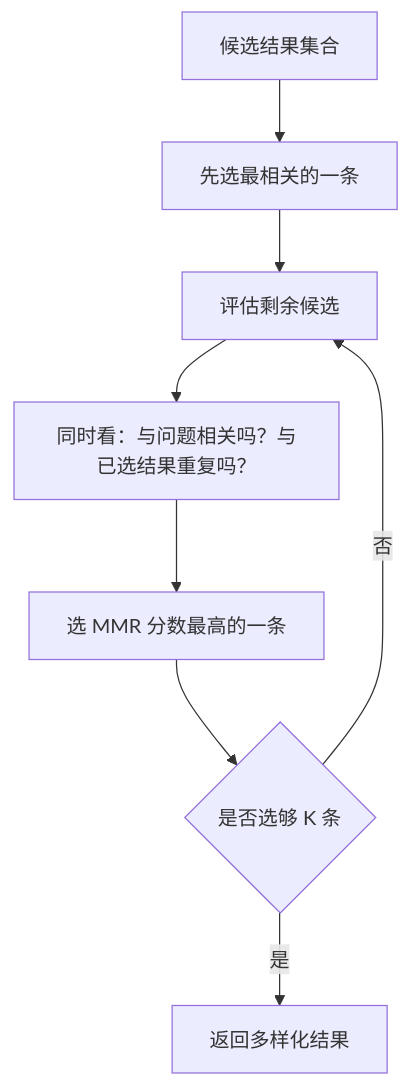
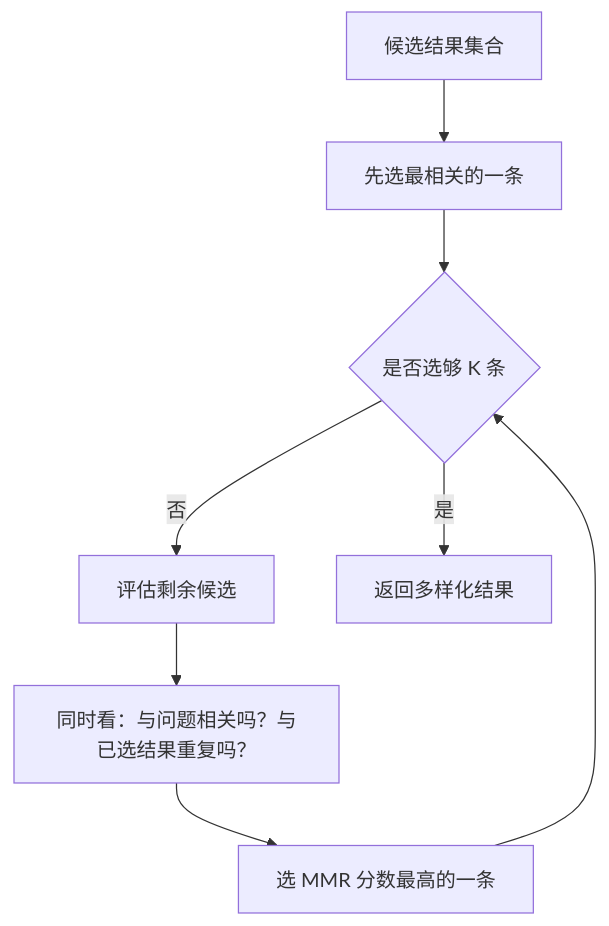
The ninth of 11 diagrams in 11-检索质量优化从召回到融合再到重排.md (benx92/ai-learning-notes), drawn with Mermaid before and after one commit. The commit also changed other lines of this file and 36 other files, not shown here.

````diff
--- a/11-检索质量优化从召回到融合再到重排.md
+++ b/11-检索质量优化从召回到融合再到重排.md
@@ -855,10 +857,10 @@
 ```mermaid
 flowchart TD
     A[候选结果集合] --> B[先选最相关的一条]
-    B --> C[评估剩余候选]
-    C --> D[同时看：与问题相关吗？与已选结果重复吗？]
+    B --> F{是否选够 K 条}
+    C[评估剩余候选] --> D[同时看：与问题相关吗？与已选结果重复吗？]
     D --> E[选 MMR 分数最高的一条]
-    E --> F{是否选够 K 条}
+    E --> F
     F -- 否 --> C
     F -- 是 --> G[返回多样化结果]
 ```
````
